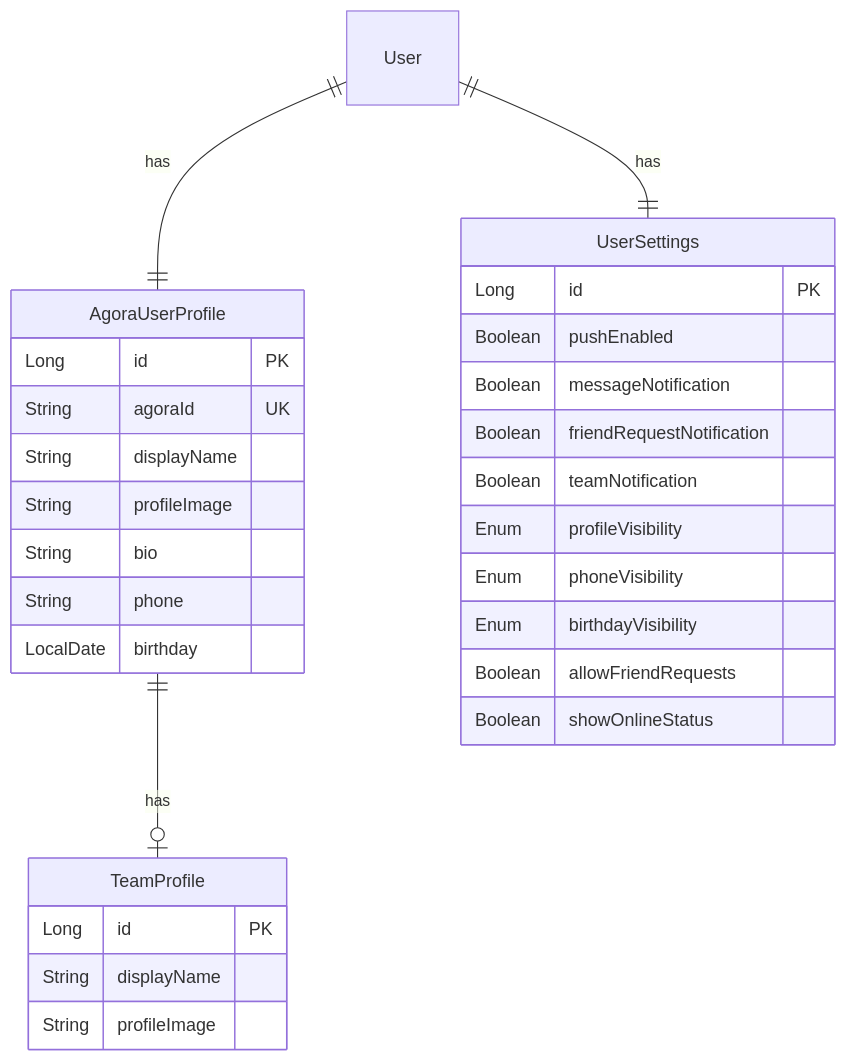
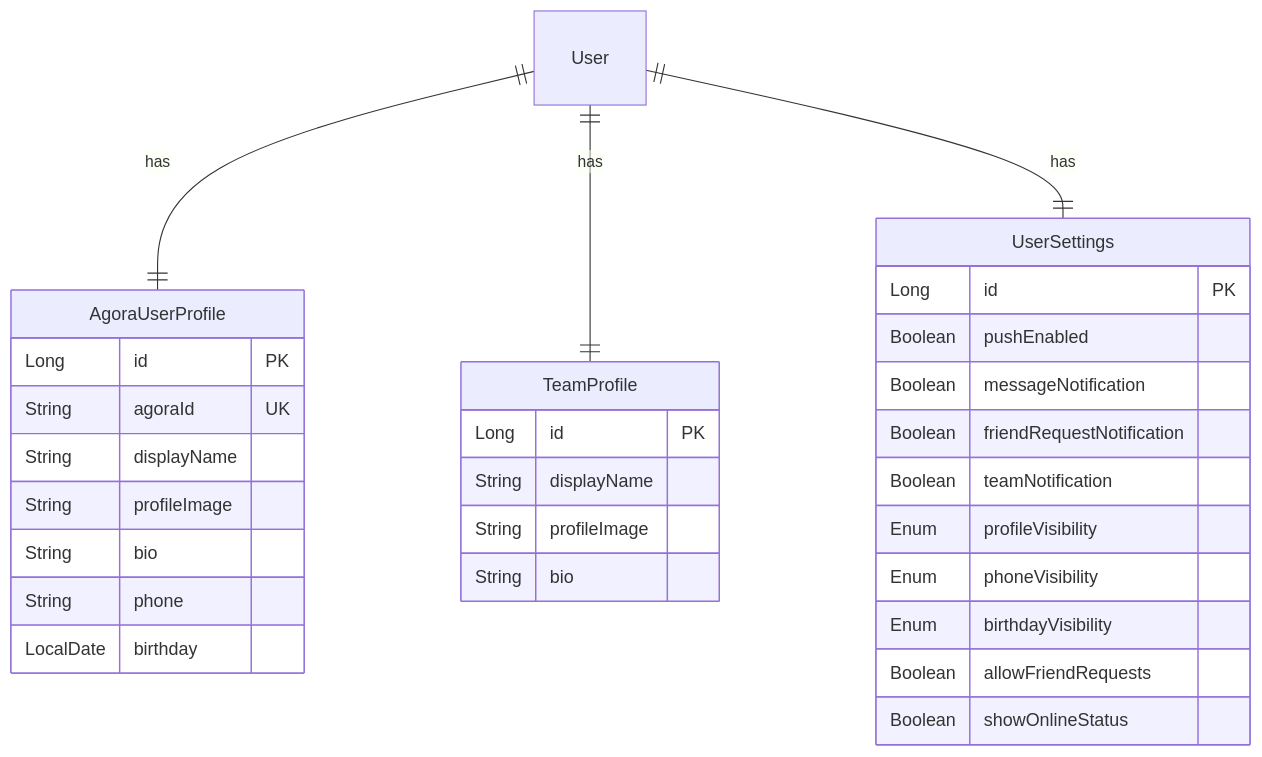
One commit to Hyfata/Hyfata-API changed the first of 6 diagrams in docs/agora/ERD.md. Above: the diagram before and after it, drawn with Mermaid. The commit also changed other lines of this file and 10 other files, not shown here.

First line of the commit message:
Refactor: Simplify Team Profile functionality and API structure

````diff
--- a/docs/agora/ERD.md
+++ b/docs/agora/ERD.md
@@ -9,36 +9,37 @@
 ```mermaid
 erDiagram
     User ||--|| AgoraUserProfile : has
-    AgoraUserProfile ||--o| TeamProfile : has
+    User ||--|| TeamProfile : has
 
     AgoraUserProfile {
         Long id PK
         String agoraId UK
         String displayName
         String profileImage
         String bio
         String phone
         LocalDate birthday
     }
 
     TeamProfile {
         Long id PK
         String displayName
         String profileImage
+        String bio
     }
 
     User ||--|| UserSettings : has
 
     UserSettings {
         Long id PK
         Boolean pushEnabled
         Boolean messageNotification
         Boolean friendRequestNotification
         Boolean teamNotification
         Enum profileVisibility
         Enum phoneVisibility
         Enum birthdayVisibility
         Boolean allowFriendRequests
         Boolean showOnlineStatus
     }
 ```
````
